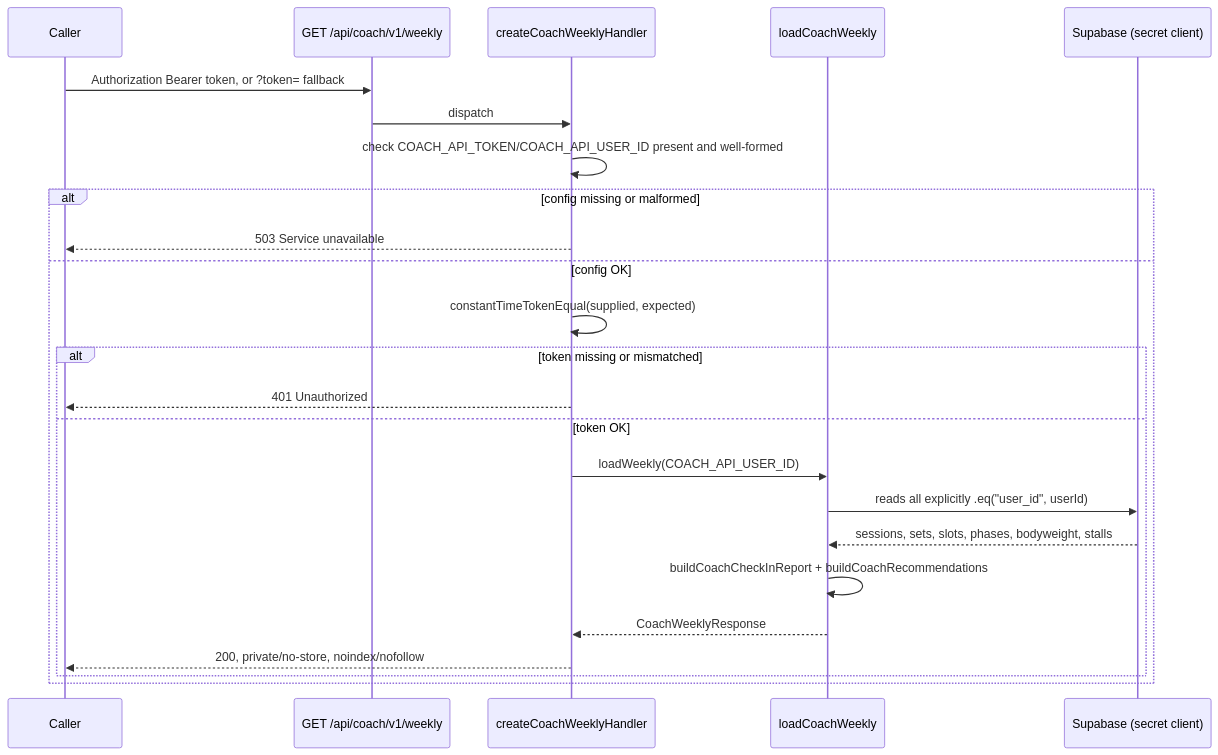
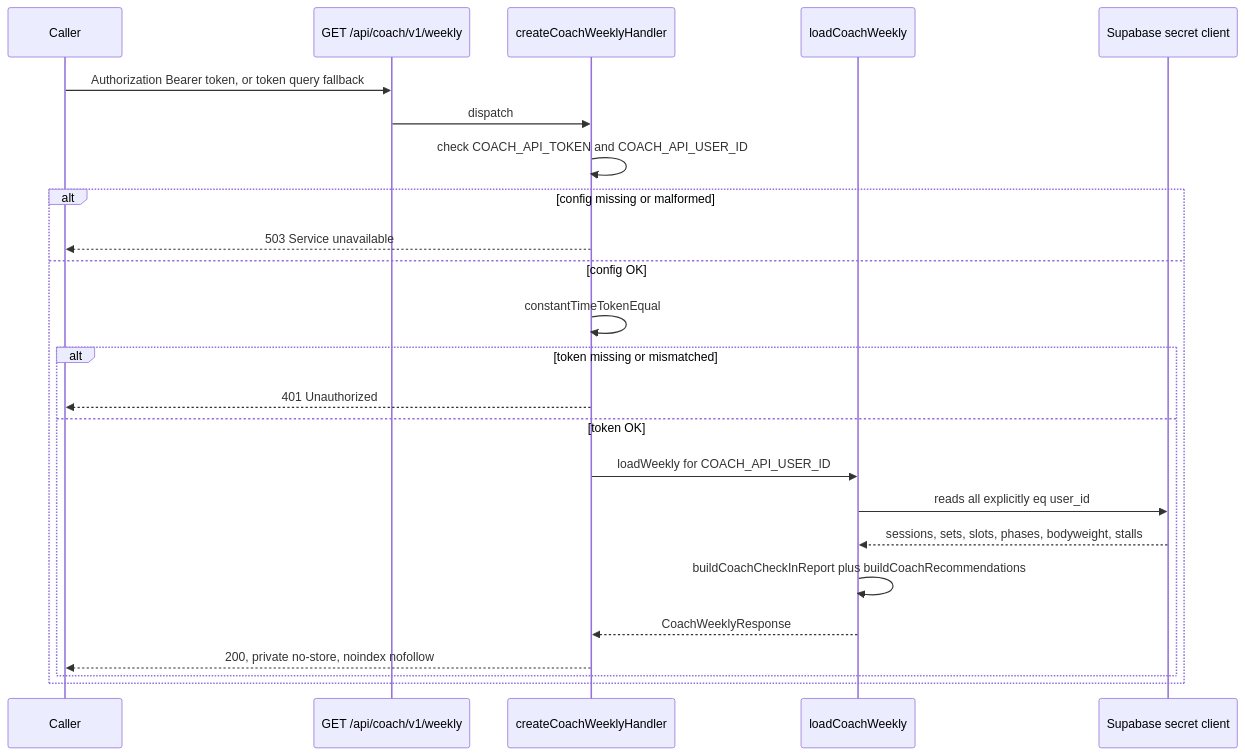
The second of 3 diagrams in openwiki/workflows/coach-and-ai-agent.md (jms-dcksn/lifting-app), drawn with Mermaid before and after one commit. The commit also changed other lines of this file and 40 other files, not shown here.

````diff
--- a/openwiki/workflows/coach-and-ai-agent.md
+++ b/openwiki/workflows/coach-and-ai-agent.md
@@ -203,27 +267,27 @@
 ```mermaid
 sequenceDiagram
     participant Caller
     participant Route as GET /api/coach/v1/weekly
     participant Handler as createCoachWeeklyHandler
     participant Data as loadCoachWeekly
-    participant DB as Supabase (secret client)
+    participant DB as Supabase secret client
 
-    Caller->>Route: Authorization Bearer token, or ?token= fallback
+    Caller->>Route: Authorization Bearer token, or token query fallback
     Route->>Handler: dispatch
-    Handler->>Handler: check COACH_API_TOKEN/COACH_API_USER_ID present and well-formed
+    Handler->>Handler: check COACH_API_TOKEN and COACH_API_USER_ID
     alt config missing or malformed
         Handler-->>Caller: 503 Service unavailable
     else config OK
-        Handler->>Handler: constantTimeTokenEqual(supplied, expected)
+        Handler->>Handler: constantTimeTokenEqual
         alt token missing or mismatched
             Handler-->>Caller: 401 Unauthorized
         else token OK
-            Handler->>Data: loadWeekly(COACH_API_USER_ID)
-            Data->>DB: reads all explicitly .eq("user_id", userId)
+            Handler->>Data: loadWeekly for COACH_API_USER_ID
+            Data->>DB: reads all explicitly eq user_id
             DB-->>Data: sessions, sets, slots, phases, bodyweight, stalls
-            Data->>Data: buildCoachCheckInReport + buildCoachRecommendations
+            Data->>Data: buildCoachCheckInReport plus buildCoachRecommendations
             Data-->>Handler: CoachWeeklyResponse
-            Handler-->>Caller: 200, private/no-store, noindex/nofollow
+            Handler-->>Caller: 200, private no-store, noindex nofollow
         end
     end
 ```
````
